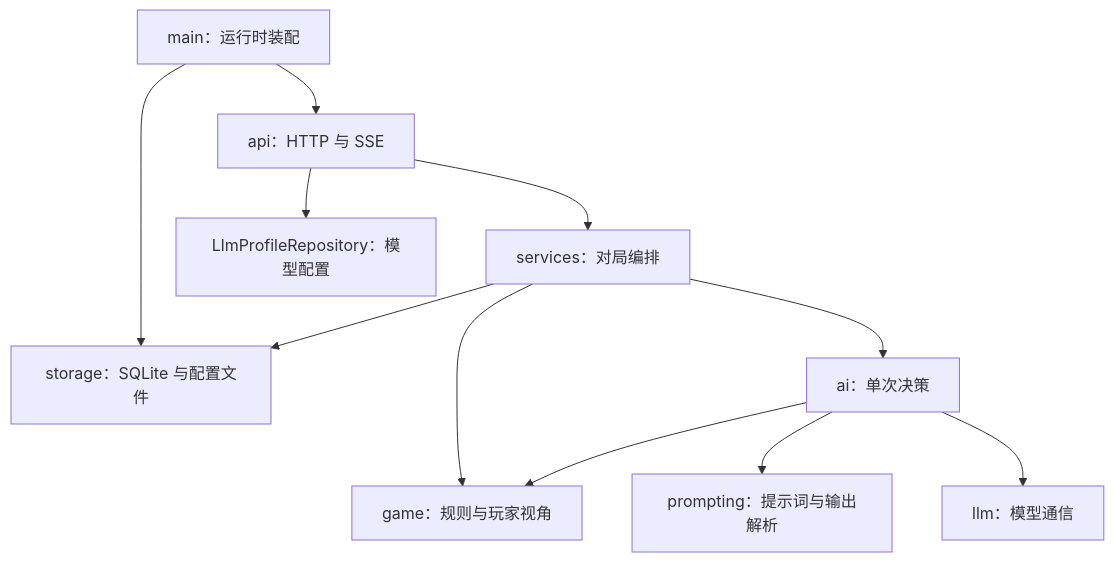
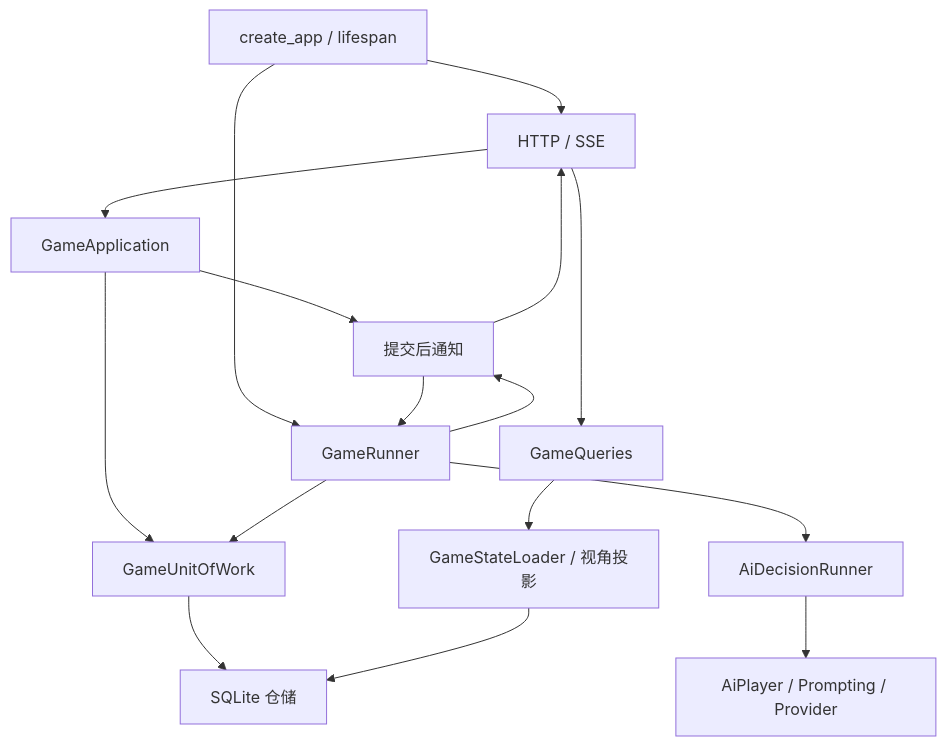
Before and after one commit to hzthzt/SoloAvalon: the diagram in docs/backend-modules.md, drawn with Mermaid. The commit also changed other lines of this file and 3 other files, not shown here.

````diff
--- a/docs/backend-modules.md
+++ b/docs/backend-modules.md
@@ -9,13 +9,18 @@
 ```mermaid
 flowchart TD
-    Main["main：运行时装配"] --> Api["api：HTTP 与 SSE"]
-    Main --> Storage["storage：SQLite 与配置文件"]
-    Api --> Services["services：对局编排"]
-    Api --> Profiles["LlmProfileRepository：模型配置"]
-    Services --> Game["game：规则与玩家视角"]
-    Services --> AI["ai：单次决策"]
-    Services --> Storage
-    AI --> Game
-    AI --> Prompting["prompting：提示词与输出解析"]
-    AI --> LLM["llm：模型通信"]
+    App["create_app / lifespan"] --> Api["HTTP / SSE"]
+    App --> Runner["GameRunner"]
+    Api --> Commands["GameApplication"]
+    Api --> Queries["GameQueries"]
+    Commands --> Work["GameUnitOfWork"]
+    Runner --> Work
+    Runner --> Decision["AiDecisionRunner"]
+    Decision --> AI["AiPlayer / Prompting / Provider"]
+    Work --> Store["SQLite 仓储"]
+    Queries --> Loader["GameStateLoader / 视角投影"]
+    Loader --> Store
+    Commands --> Signal["提交后通知"]
+    Runner --> Signal
+    Signal --> Runner
+    Signal --> Api
 ```
````
